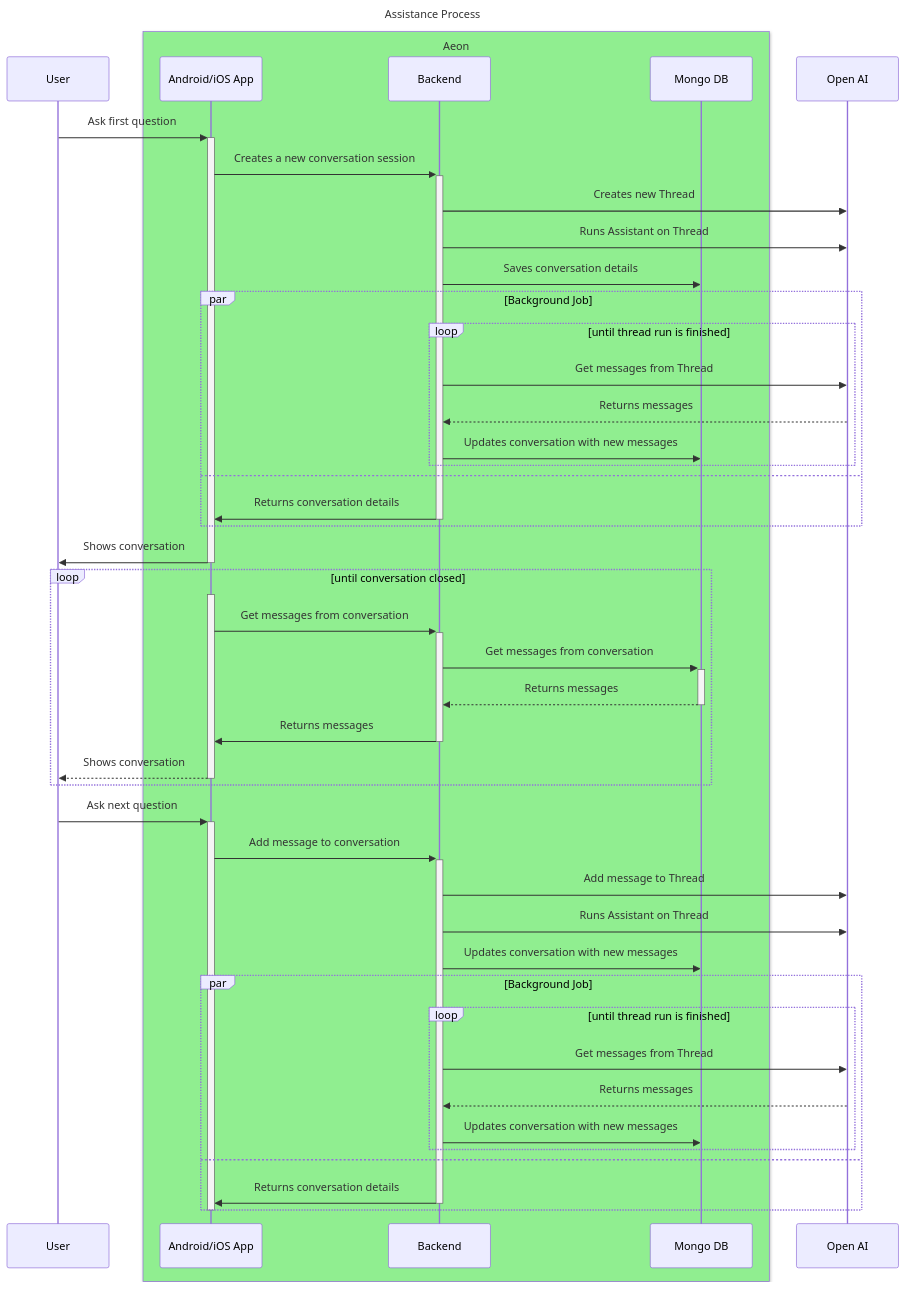
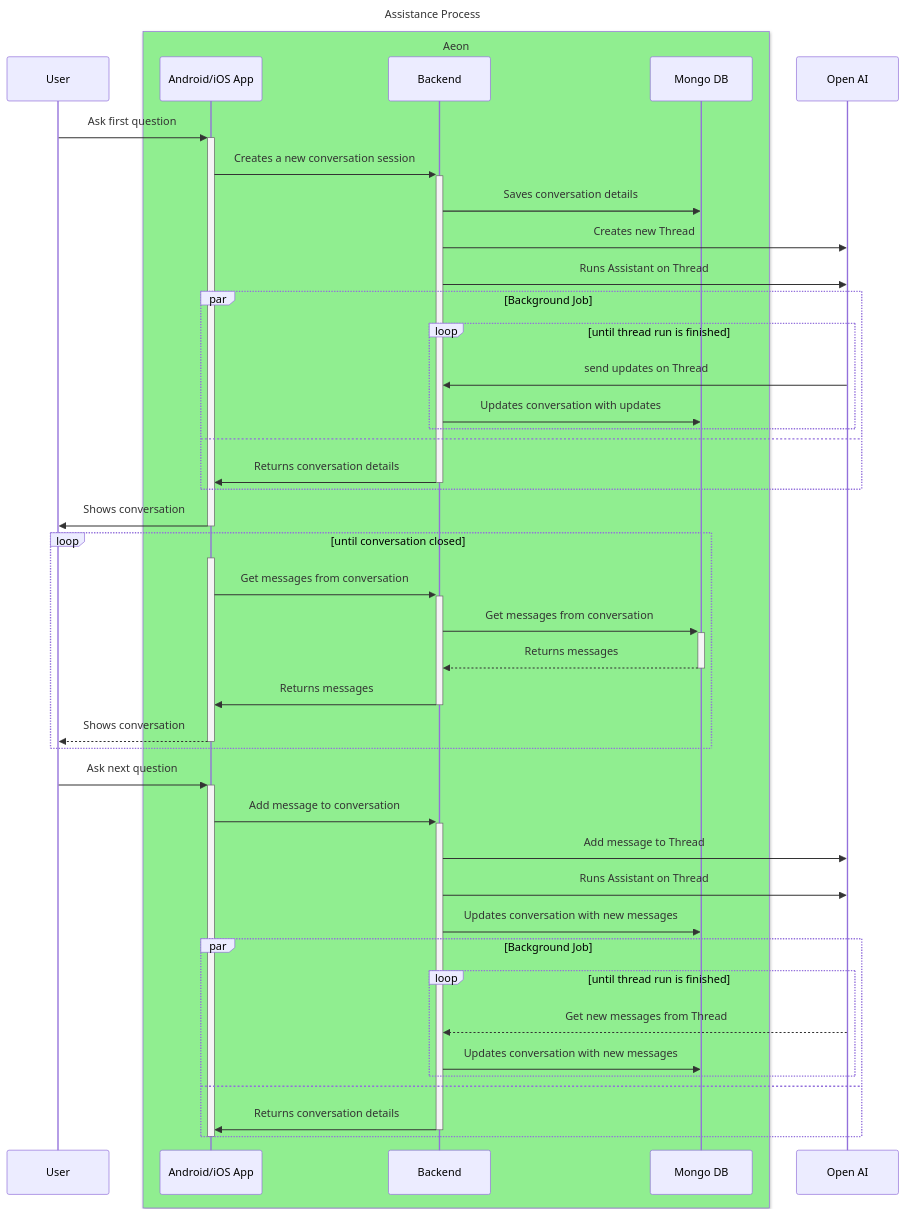
The diagram in assistant_process.mermaid (djochim/cs_se_project), drawn with Mermaid before and after one commit. The commit also changed 63 other files, not shown here.

```diff
--- a/assistant_process.mermaid
+++ b/assistant_process.mermaid
@@ -1,49 +1,47 @@
 ---
 title: Assistance Process
 ---
 sequenceDiagram
    participant User
    box LightGreen Aeon
    participant App as Android/iOS App
    participant Backend
    participant DB as Mongo DB
    end
    participant OpenAI as Open AI
    User->>+App: Ask first question
    App->>+Backend: Creates a new conversation session
+   Backend ->> DB: Saves conversation details
    Backend ->> OpenAI: Creates new Thread
    Backend ->> OpenAI: Runs Assistant on Thread
-   Backend ->> DB: Saves conversation details
    par Background Job
       loop until thread run is finished
-       Backend ->> OpenAI: Get messages from Thread
-       OpenAI -->> Backend: Returns messages
-       Backend ->> DB: Updates conversation with new messages
+       OpenAI ->> Backend: send updates on Thread
+       Backend ->> DB: Updates conversation with updates
       end
     and
       Backend ->>- App: Returns conversation details
     end
    App->>-User: Shows conversation
    loop until conversation closed
       activate App
       App ->>+ Backend: Get messages from conversation
       Backend ->>+ DB: Get messages from conversation
       DB -->>- Backend: Returns messages
       Backend ->>- App: Returns messages
       App -->>- User: Shows conversation
    end
    User->>+App: Ask next question
    App->>+Backend: Add message to conversation
    Backend ->> OpenAI: Add message to Thread
    Backend ->> OpenAI: Runs Assistant on Thread
    Backend ->> DB: Updates conversation with new messages
    par Background Job
       loop until thread run is finished
-       Backend ->> OpenAI: Get messages from Thread
-       OpenAI -->> Backend: Returns messages
+       OpenAI -->> Backend: Get new messages from Thread
        Backend ->> DB: Updates conversation with new messages
       end
     and
       Backend ->>- App: Returns conversation details
     end
     deactivate App
```
